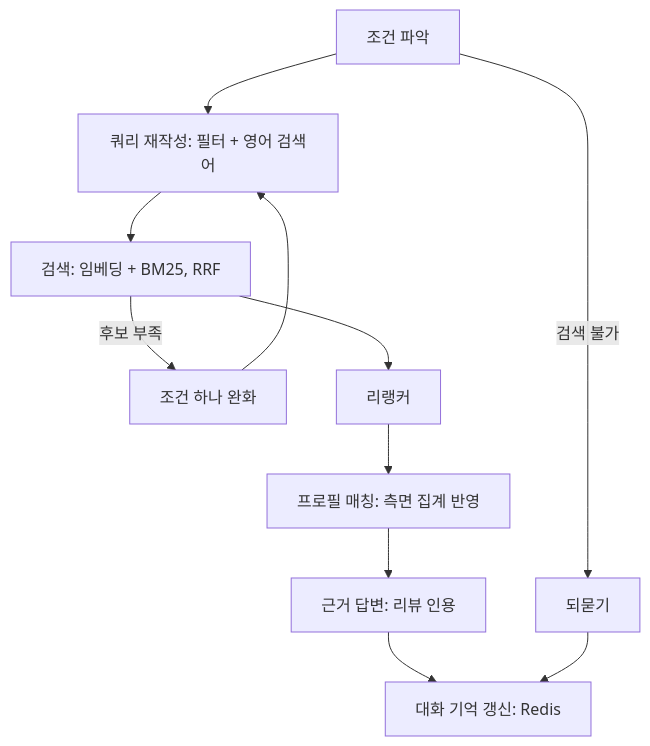
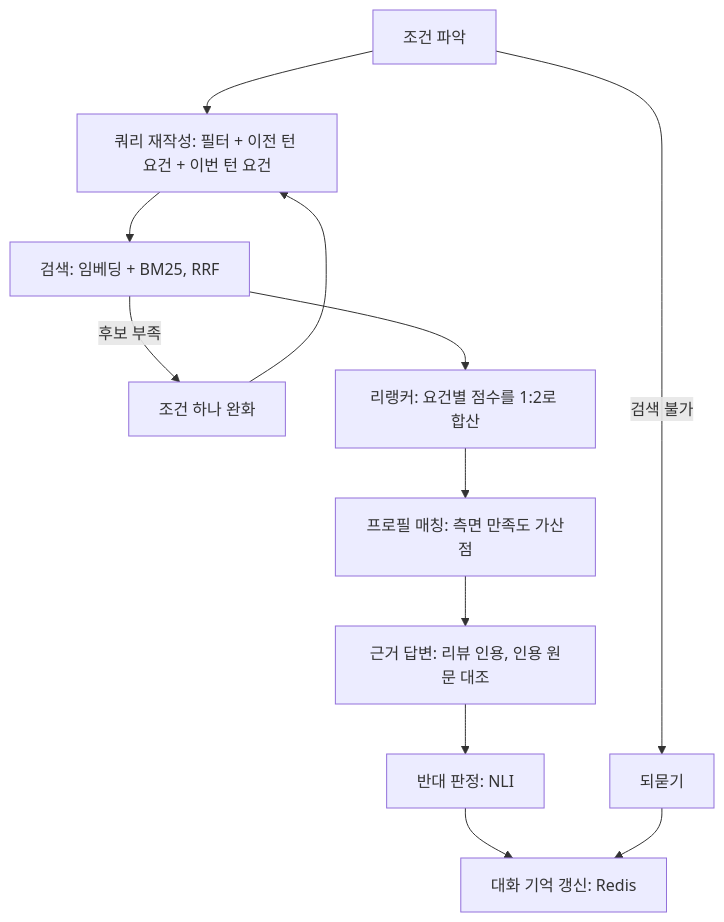
The second of 2 diagrams in README.md (sws95/product-extraction-chatbot), drawn with Mermaid before and after one commit. The commit also changed other lines of this file and 46 other files, not shown here.

````diff
--- a/README.md
+++ b/README.md
@@ -32,12 +52,13 @@
 ```mermaid
 flowchart TD
     U[조건 파악] -->|검색 불가| Q[되묻기]
-    U --> R[쿼리 재작성: 필터 + 영어 검색어]
+    U --> R[쿼리 재작성: 필터 + 이전 턴 요건 + 이번 턴 요건]
     R --> S[검색: 임베딩 + BM25, RRF]
     S -->|후보 부족| X[조건 하나 완화] --> R
-    S --> K[리랭커]
-    K --> P[프로필 매칭: 측면 집계 반영]
-    P --> N[근거 답변: 리뷰 인용]
-    N --> M[대화 기억 갱신: Redis]
+    S --> K[리랭커: 요건별 점수를 1:2로 합산]
+    K --> P[프로필 매칭: 측면 만족도 가산점]
+    P --> N[근거 답변: 리뷰 인용, 인용 원문 대조]
+    N --> J[반대 판정: NLI]
+    J --> M[대화 기억 갱신: Redis]
     Q --> M
 ```
````
